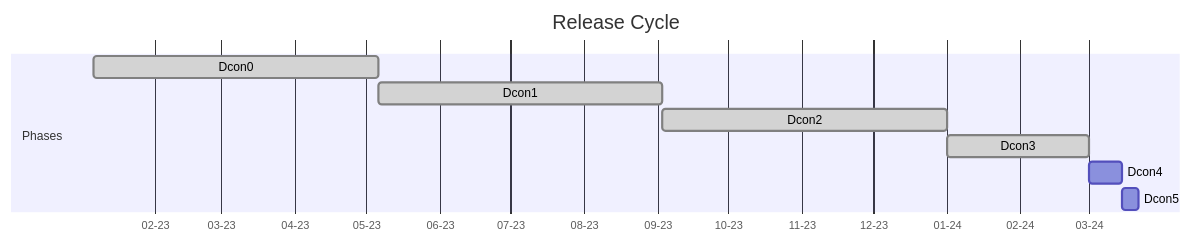
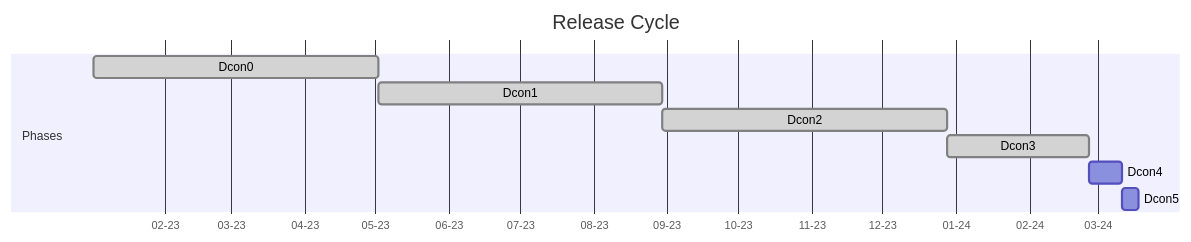
One commit to darkrenaissance/darkfi changed the diagram in doc/src/arch/arch.md. Above: the diagram before and after it, drawn with Mermaid.

Commit message:
move release cycle back 4 months

````diff
--- a/doc/src/arch/arch.md
+++ b/doc/src/arch/arch.md
@@ -25,13 +25,13 @@
 ```mermaid
 gantt
     title Release Cycle
     dateFormat  DD-MM-YYYY
     axisFormat  %m-%y
     section Phases
-    Dcon0            :done, d0, 06-01-2023, 120d
+    Dcon0            :done, d0, 02-01-2023, 120d
     Dcon1            :done, d1, after d0,   120d
     Dcon2            :done, d2, after d1,   120d
     Dcon3            :done, d3, after d2,   60d
     Dcon4            :      d4, after d3,   14d
     Dcon5            :      d5, after d4,   7d
 ```
````
